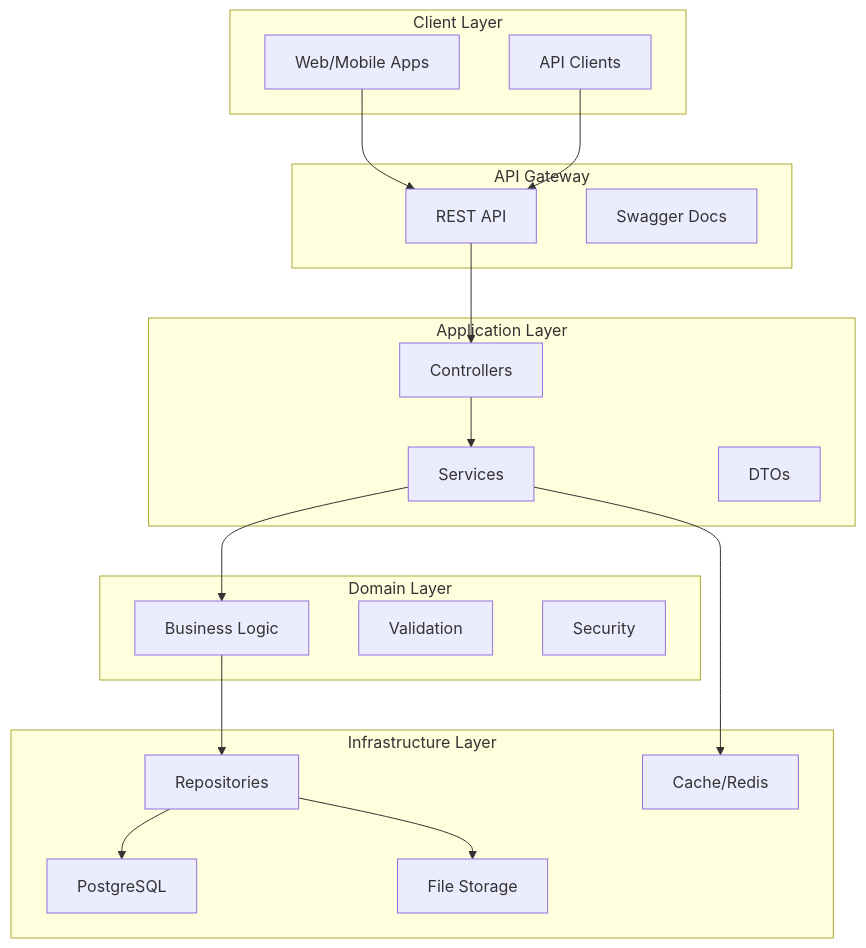
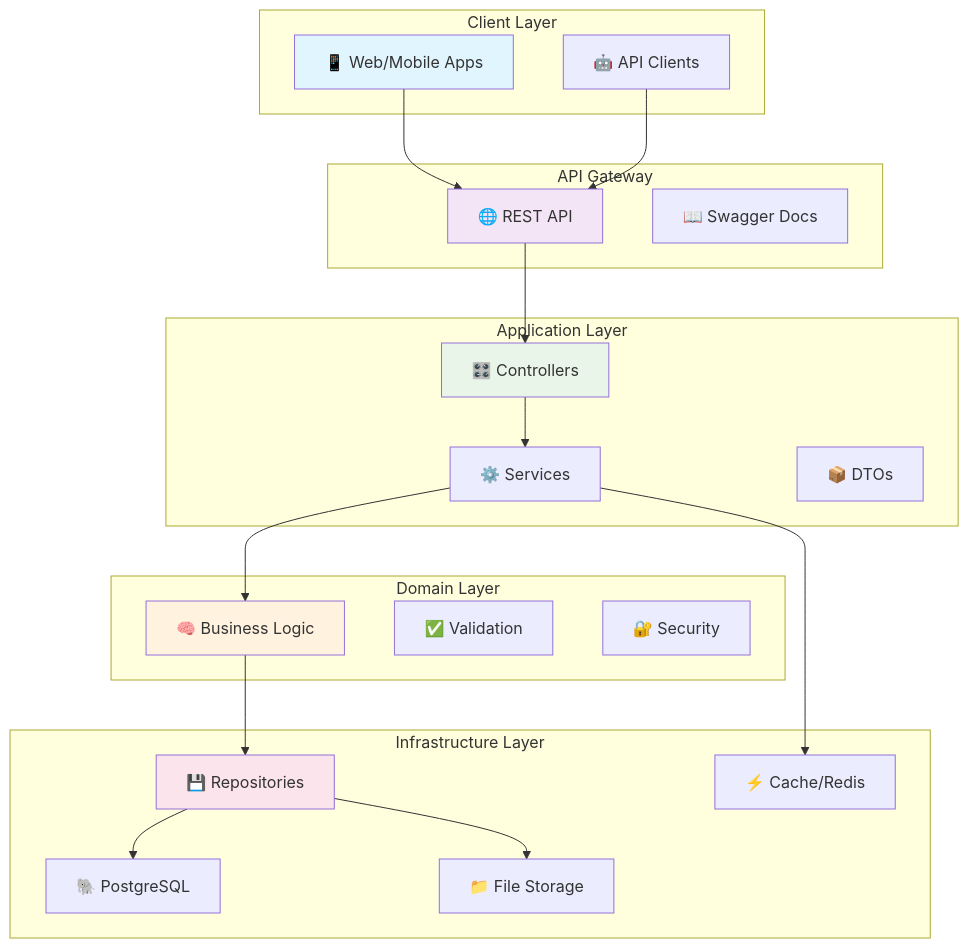
One commit to ashrith-devison/sangrah changed the second of 3 diagrams in backend/README.md. Above: the diagram before and after it, drawn with Mermaid. The commit also changed other lines of this file, not shown here.

````diff
--- a/backend/README.md
+++ b/backend/README.md
@@ -105,41 +154,47 @@
 ```mermaid
 graph TB
     subgraph "Client Layer"
-        A[Web/Mobile Apps]
-        B[API Clients]
+        A[📱 Web/Mobile Apps]
+        B[🤖 API Clients]
     end
 
     subgraph "API Gateway"
-        C[REST API]
-        D[Swagger Docs]
+        C[🌐 REST API]
+        D[📖 Swagger Docs]
     end
 
     subgraph "Application Layer"
-        E[Controllers]
-        F[Services]
-        G[DTOs]
+        E[🎛️ Controllers]
+        F[⚙️ Services]
+        G[📦 DTOs]
     end
 
     subgraph "Domain Layer"
-        H[Business Logic]
-        I[Validation]
-        J[Security]
+        H[🧠 Business Logic]
+        I[✅ Validation]
+        J[🔐 Security]
     end
 
     subgraph "Infrastructure Layer"
-        K[Repositories]
-        L[PostgreSQL]
-        M[File Storage]
-        N[Cache/Redis]
+        K[💾 Repositories]
+        L[🐘 PostgreSQL]
+        M[📁 File Storage]
+        N[⚡ Cache/Redis]
     end
 
     A --> C
     B --> C
     C --> E
     E --> F
     F --> H
     H --> K
     K --> L
     K --> M
     F --> N
+
+    style A fill:#e1f5fe
+    style C fill:#f3e5f5
+    style E fill:#e8f5e8
+    style H fill:#fff3e0
+    style K fill:#fce4ec
 ```
````
